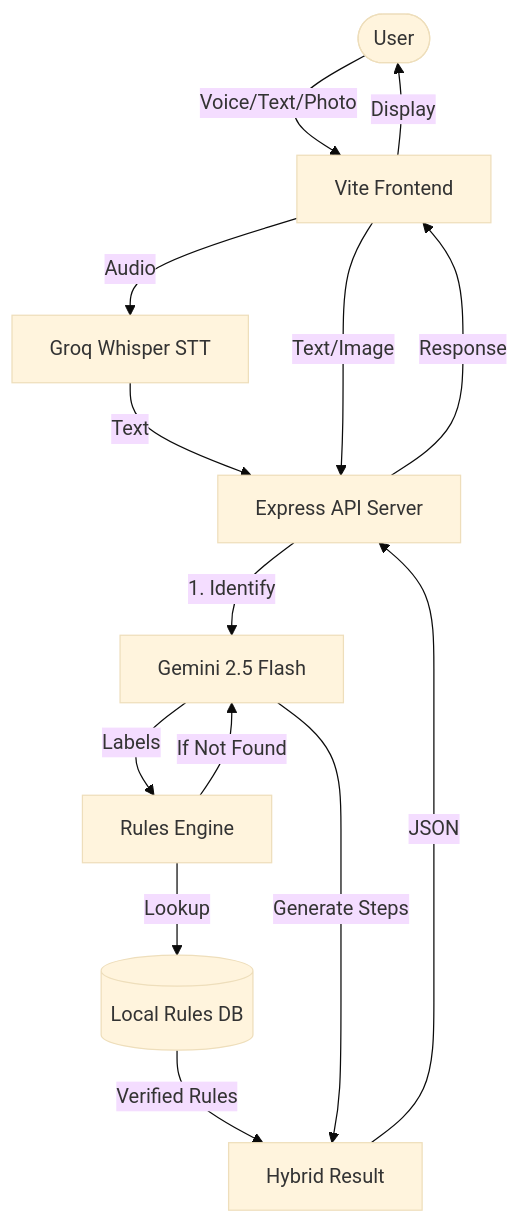
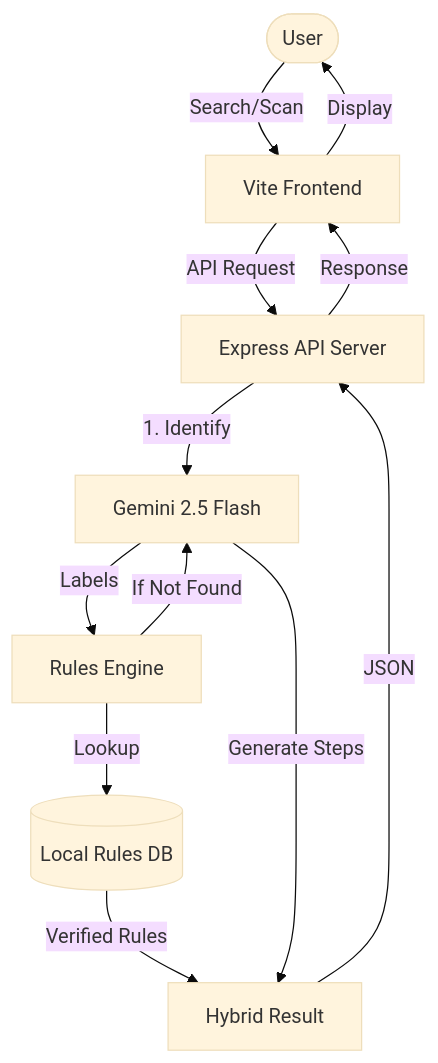
The diagram in README.md (JacobAsir/GomiSense), drawn with Mermaid (base theme) before and after one commit. The commit also changed other lines of this file and 4 other files, not shown here.

Commit message:
chore: remove Groq Whisper and revert to browser Web Speech API

````diff
--- a/README.md
+++ b/README.md
@@ -117,16 +113,14 @@
 ```mermaid
 graph TD
-    User([User]) -->|Voice/Text/Photo| Web[Vite Frontend]
-    Web -->|Audio| Groq[Groq Whisper STT]
-    Groq -->|Text| API[Express API Server]
-    Web -->|Text/Image| API
+    User([User]) -->|Search/Scan| Web[Vite Frontend]
+    Web -->|API Request| API[Express API Server]
     API -->|1. Identify| AI[Gemini 2.5 Flash]
     AI -->|Labels| Engine[Rules Engine]
     Engine -->|Lookup| DB[(Local Rules DB)]
     DB -->|Verified Rules| Result[Hybrid Result]
     Engine -->|If Not Found| AI
     AI -->|Generate Steps| Result
     Result -->|JSON| API
     API -->|Response| Web
     Web -->|Display| User
 ```
````
